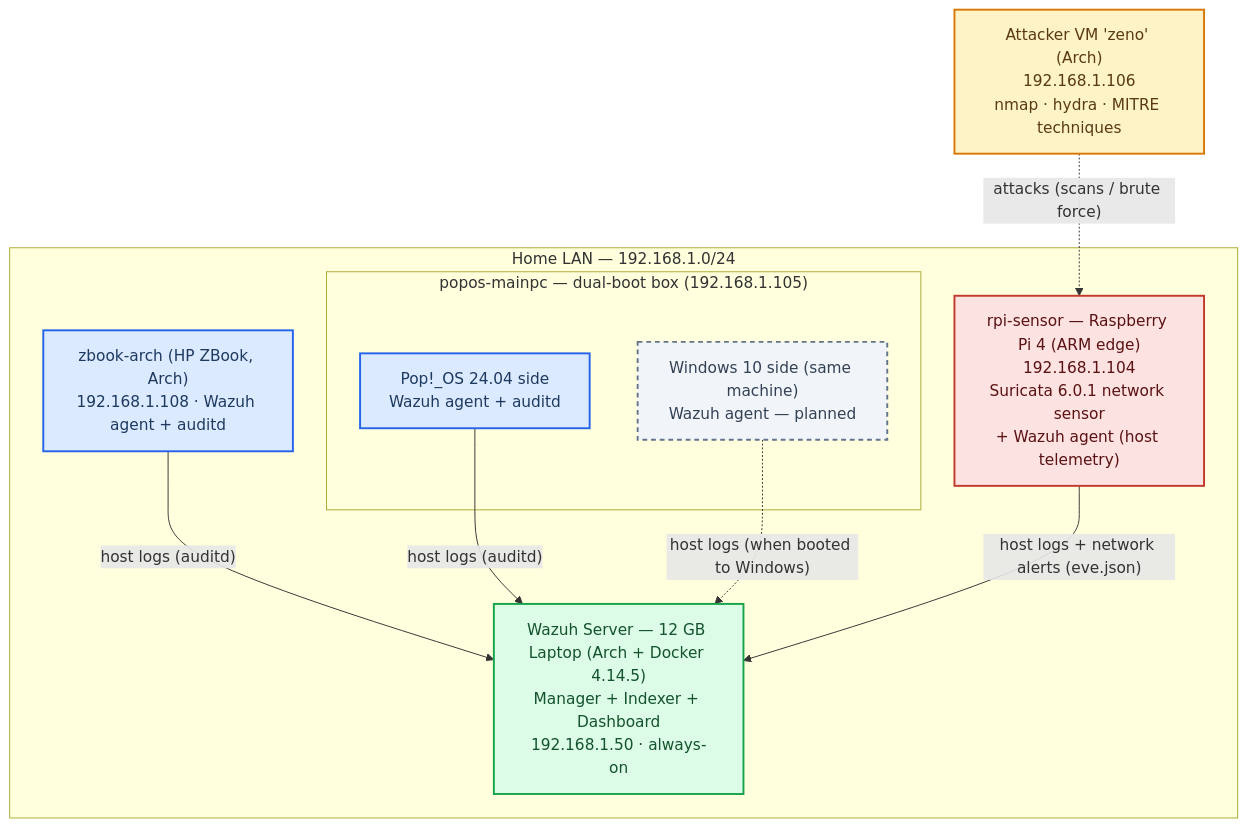
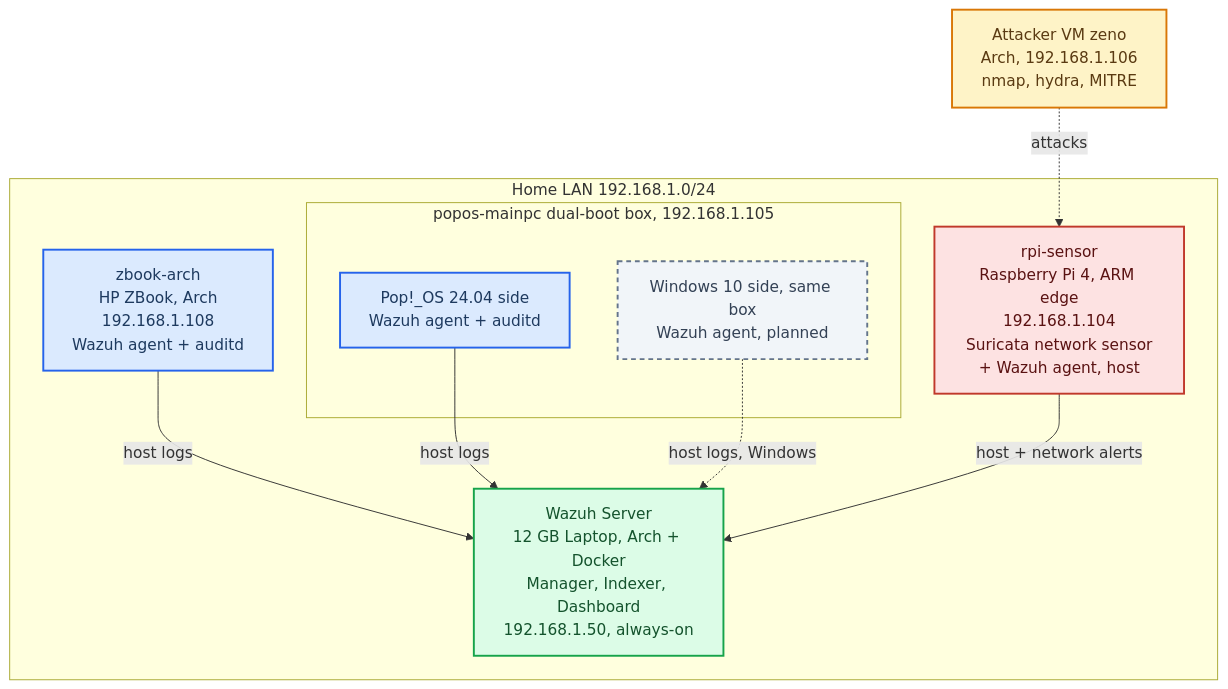
Before and after one commit to sakib2588/network-ops-lab: the diagram in README.md, drawn with Mermaid. The commit also changed 1 other file, not shown here.

Commit message:
Fix diagram label clipping + update PROJECT_STATUS to ~70% (#10)
- README architecture diagram: shorten every node/edge label to short multi-line
  text (drop inline middle-dots and the apostrophe in the attacker node) so no
  renderer clips the text; Pi still shown as both Suricata sensor AND host agent
- PROJECT_STATUS.md: Phase 4 started (6 rules drafted, PR #9 merged), overall ~70%,
  dual-boot Windows agent replaces the retired separate PC 2, Phase 4/5/6 statuses,
  report-skeleton + runbook pointers
- align ZBook RAM to 32GB and popos to 16GB (installed capacity)

````diff
--- a/README.md
+++ b/README.md
@@ -17,30 +17,30 @@
 ```mermaid
 flowchart TB
-    attacker["Attacker VM 'zeno' (Arch)<br/>192.168.1.106<br/>nmap · hydra · MITRE techniques"]
-    subgraph net["Home LAN — 192.168.1.0/24"]
-        server["Wazuh Server — 12 GB Laptop (Arch + Docker 4.14.5)<br/>Manager + Indexer + Dashboard<br/>192.168.1.50 · always-on"]
-        zbook["zbook-arch (HP ZBook, Arch)<br/>192.168.1.108 · Wazuh agent + auditd"]
-        subgraph dual["popos-mainpc — dual-boot box (192.168.1.105)"]
+    attacker["Attacker VM zeno<br/>Arch, 192.168.1.106<br/>nmap, hydra, MITRE"]
+    subgraph net["Home LAN 192.168.1.0/24"]
+        server["Wazuh Server<br/>12 GB Laptop, Arch + Docker<br/>Manager, Indexer, Dashboard<br/>192.168.1.50, always-on"]
+        zbook["zbook-arch<br/>HP ZBook, Arch<br/>192.168.1.108<br/>Wazuh agent + auditd"]
+        subgraph dual["popos-mainpc dual-boot box, 192.168.1.105"]
             popos["Pop!_OS 24.04 side<br/>Wazuh agent + auditd"]
-            win["Windows 10 side (same machine)<br/>Wazuh agent — planned"]
+            win["Windows 10 side, same box<br/>Wazuh agent, planned"]
         end
-        pi["rpi-sensor — Raspberry Pi 4 (ARM edge)<br/>192.168.1.104<br/>Suricata 6.0.1 network sensor<br/>+ Wazuh agent (host telemetry)"]
+        pi["rpi-sensor<br/>Raspberry Pi 4, ARM edge<br/>192.168.1.104<br/>Suricata network sensor<br/>+ Wazuh agent, host"]
     end
 
-    attacker -. "attacks (scans / brute force)" .-> pi
-    zbook -- "host logs (auditd)" --> server
-    popos -- "host logs (auditd)" --> server
-    win -. "host logs (when booted to Windows)" .-> server
-    pi -- "host logs + network alerts (eve.json)" --> server
+    attacker -. "attacks" .-> pi
+    zbook -- "host logs" --> server
+    popos -- "host logs" --> server
+    win -. "host logs, Windows" .-> server
+    pi -- "host + network alerts" --> server
 
     classDef srv fill:#dcfce7,stroke:#16a34a,stroke-width:2px,color:#14532d
     classDef agt fill:#dbeafe,stroke:#2563eb,stroke-width:2px,color:#1e3a5f
     classDef sensor fill:#fde2e2,stroke:#c0392b,stroke-width:2px,color:#5a1212
     classDef atk fill:#fef3c7,stroke:#d97706,stroke-width:2px,color:#5a3a12
     classDef planned fill:#f1f5f9,stroke:#64748b,stroke-width:2px,stroke-dasharray:5 4,color:#334155
     class server srv
     class zbook,popos agt
     class pi sensor
     class attacker atk
     class win planned
 ```
````
